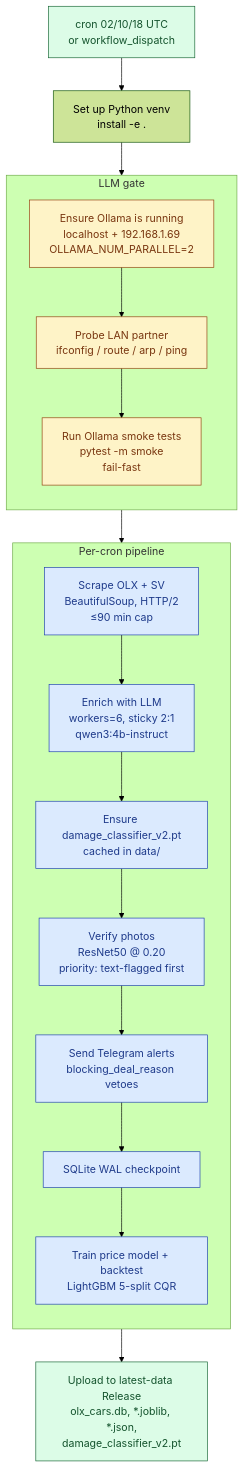
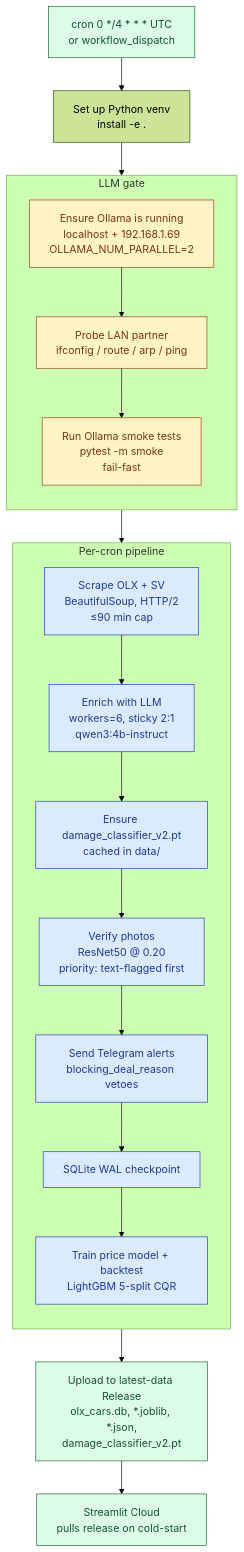
The first of 2 diagrams in README.md (nikit34/olx-car-parser), drawn with Mermaid (forest theme) before and after one commit. The commit also changed other lines of this file, not shown here.

First line of the commit message:
README: cloud-only mental model, 4h cron, drop local-dashboard quick-start

````diff
--- a/README.md
+++ b/README.md
@@ -15,32 +26,33 @@
 ```mermaid
 flowchart TD
-    Cron[cron 02/10/18 UTC<br/>or workflow_dispatch] --> Setup
+    Cron[cron 0 */4 * * * UTC<br/>or workflow_dispatch] --> Setup
     Setup[Set up Python venv<br/>install -e .] --> Ollama
 
     subgraph LLMGate [LLM gate]
       direction TB
       Ollama[Ensure Ollama is running<br/>localhost + 192.168.1.69<br/>OLLAMA_NUM_PARALLEL=2] --> Probe[Probe LAN partner<br/>ifconfig / route / arp / ping]
       Probe --> Smoke[Run Ollama smoke tests<br/>pytest -m smoke<br/>fail-fast]
     end
 
     Smoke --> Scrape
 
     subgraph Pipeline [Per-cron pipeline]
       direction TB
       Scrape[Scrape OLX + SV<br/>BeautifulSoup, HTTP/2<br/>≤90 min cap] --> Enrich[Enrich with LLM<br/>workers=6, sticky 2:1<br/>qwen3:4b-instruct]
       Enrich --> Weights[Ensure damage_classifier_v2.pt<br/>cached in data/]
       Weights --> Verify[Verify photos<br/>ResNet50 @ 0.20<br/>priority: text-flagged first]
       Verify --> Alerts[Send Telegram alerts<br/>blocking_deal_reason vetoes]
       Alerts --> Checkpoint[SQLite WAL checkpoint]
       Checkpoint --> Train[Train price model + backtest<br/>LightGBM 5-split CQR]
     end
 
     Train --> Upload[Upload to latest-data Release<br/>olx_cars.db, *.joblib, *.json,<br/>damage_classifier_v2.pt]
+    Upload --> Dashboard[Streamlit Cloud<br/>pulls release on cold-start]
 
     classDef gate fill:#fef3c7,stroke:#92400e,color:#78350f
     classDef step fill:#dbeafe,stroke:#1e40af,color:#1e3a8a
     classDef terminal fill:#dcfce7,stroke:#166534,color:#14532d
     class Ollama,Probe,Smoke gate
     class Scrape,Enrich,Weights,Verify,Alerts,Checkpoint,Train step
-    class Cron,Upload terminal
+    class Cron,Upload,Dashboard terminal
 ```
````
